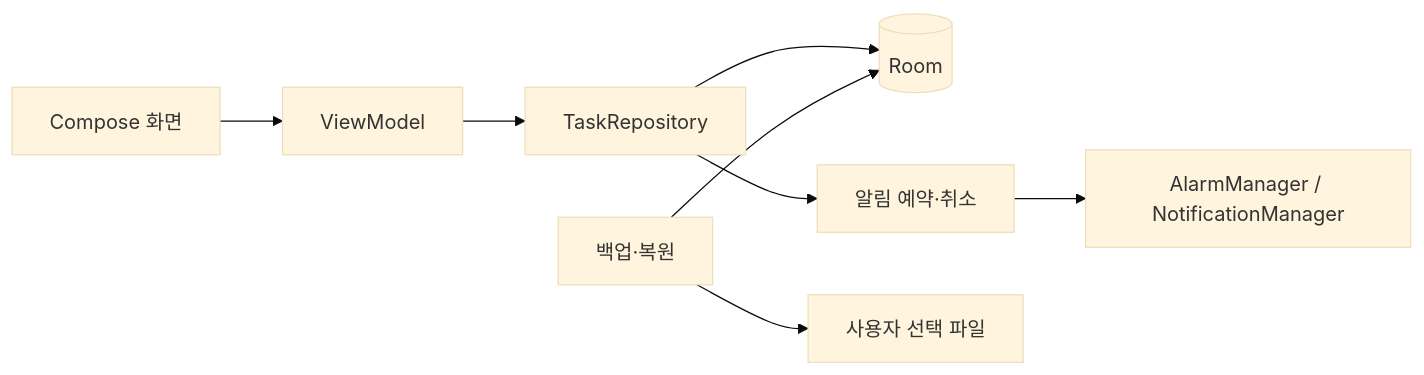
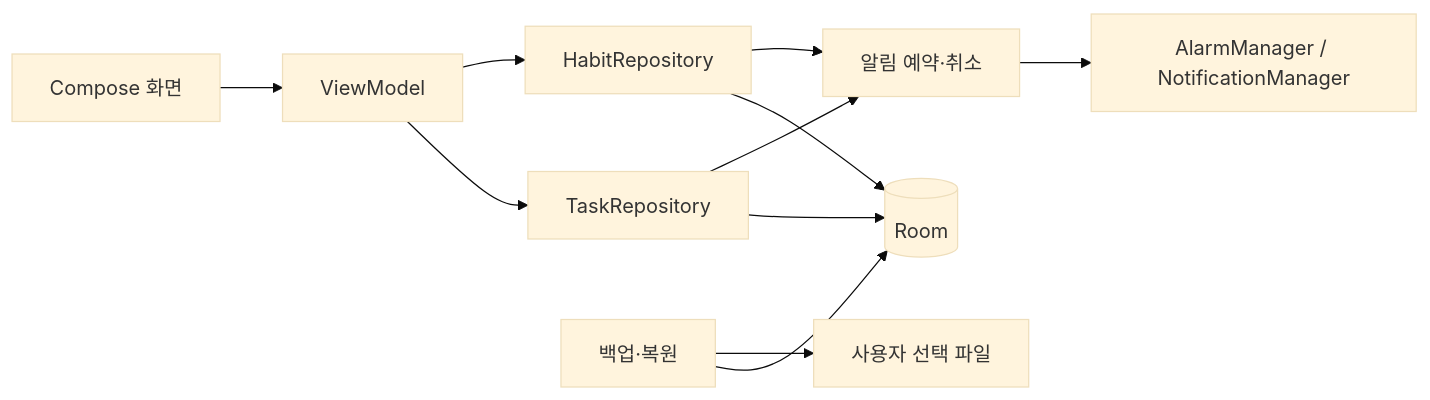
Before and after one commit to bossxor/tool_ScheduleMng: the first of 2 diagrams in docs/technical-design.md, drawn with Mermaid (base theme). The commit also changed other lines of this file and 3 other files, not shown here.

````diff
--- a/docs/technical-design.md
+++ b/docs/technical-design.md
@@ -29,10 +29,13 @@
 ```mermaid
 flowchart LR
     UI[Compose 화면] --> VM[ViewModel]
     VM --> Repo[TaskRepository]
+    VM --> HabitRepo[HabitRepository]
+    HabitRepo --> DB
+    HabitRepo --> Reminder
     Repo --> DB[(Room)]
     Repo --> Reminder[알림 예약·취소]
     Reminder --> OS[AlarmManager / NotificationManager]
     Backup[백업·복원] --> DB
     Backup --> File[사용자 선택 파일]
 ```
````
